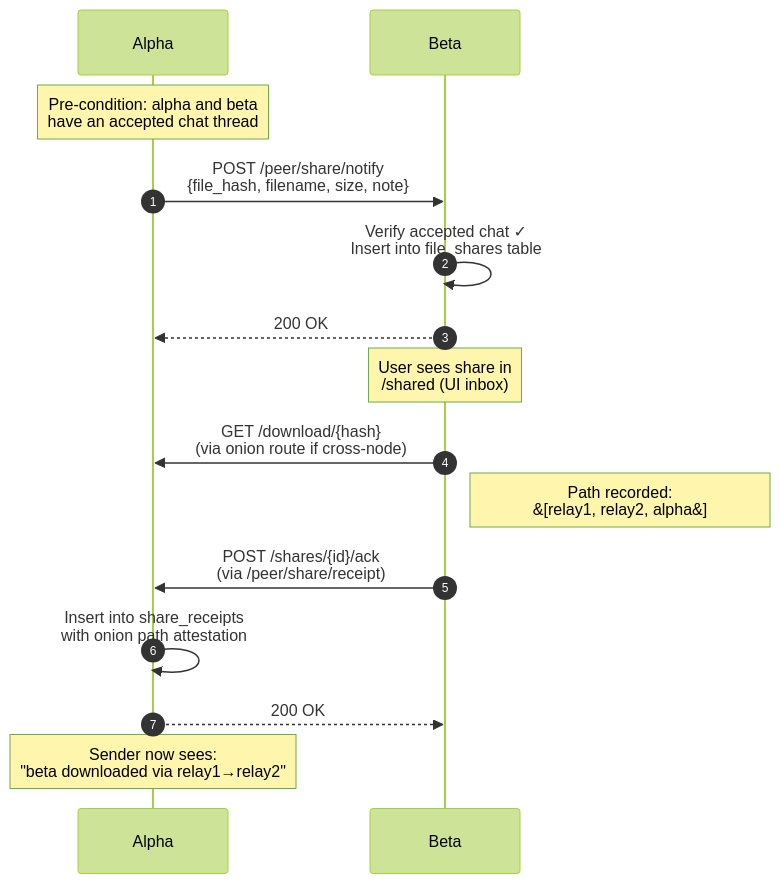
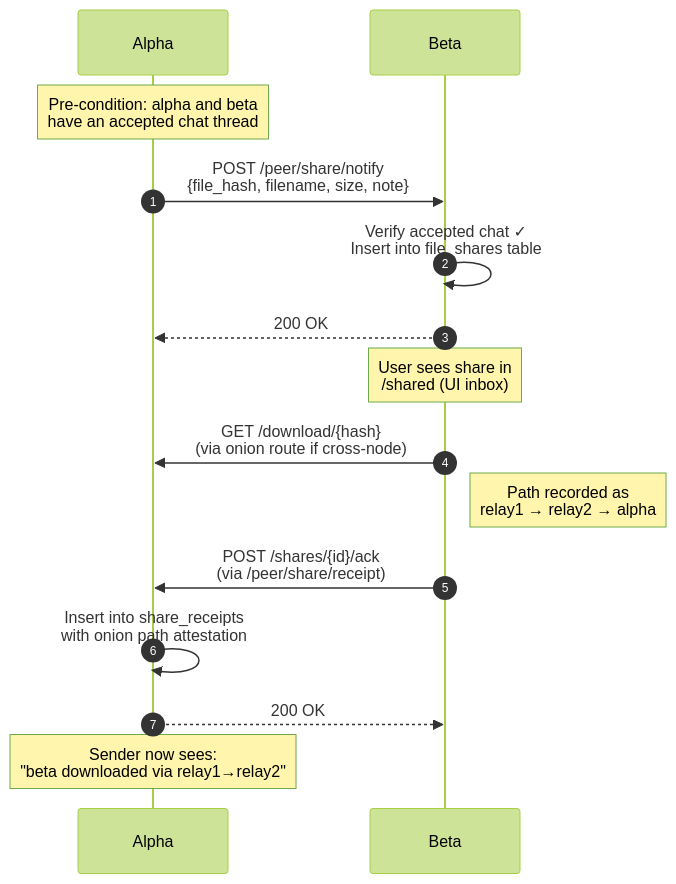
Diagram 21 of 21 in README.md (CN-2026-IIITA/Distri_Store), drawn with Mermaid (forest theme) before and after one commit. The commit also changed other lines of this file, not shown here.

First line of the commit message:
Fix mermaid sequenceDiagram parse errors (semicolons in messages)

````diff
--- a/README.md
+++ b/README.md
@@ -1041,21 +1041,21 @@
 ```mermaid
 sequenceDiagram
     autonumber
     participant A as Alpha
     participant B as Beta
 
     Note over A: Pre-condition: alpha and beta<br/>have an accepted chat thread
     A->>B: POST /peer/share/notify<br/>{file_hash, filename, size, note}
     B->>B: Verify accepted chat ✓<br/>Insert into file_shares table
     B-->>A: 200 OK
 
     Note over B: User sees share in<br/>/shared (UI inbox)
 
     B->>A: GET /download/{hash}<br/>(via onion route if cross-node)
-    Note right of B: Path recorded:<br/>&#91;relay1, relay2, alpha&#93;
+    Note right of B: Path recorded as<br/>relay1 → relay2 → alpha
 
     B->>A: POST /shares/{id}/ack<br/>(via /peer/share/receipt)
     A->>A: Insert into share_receipts<br/>with onion path attestation
     A-->>B: 200 OK
     Note over A: Sender now sees:<br/>"beta downloaded via relay1→relay2"
 ```
````
